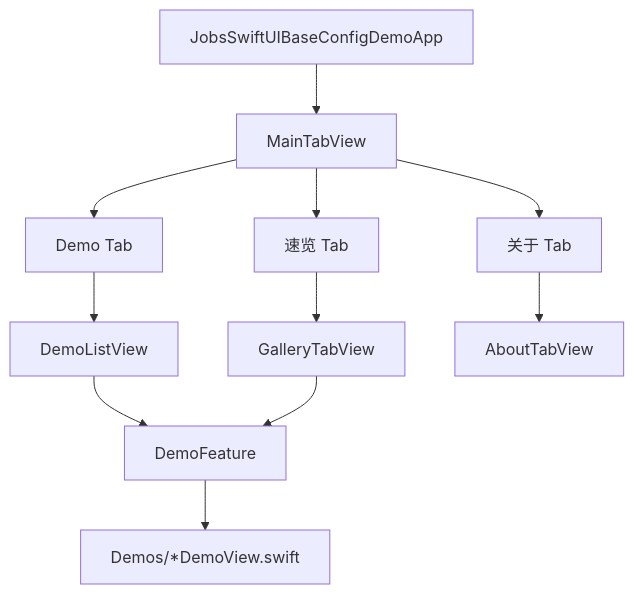
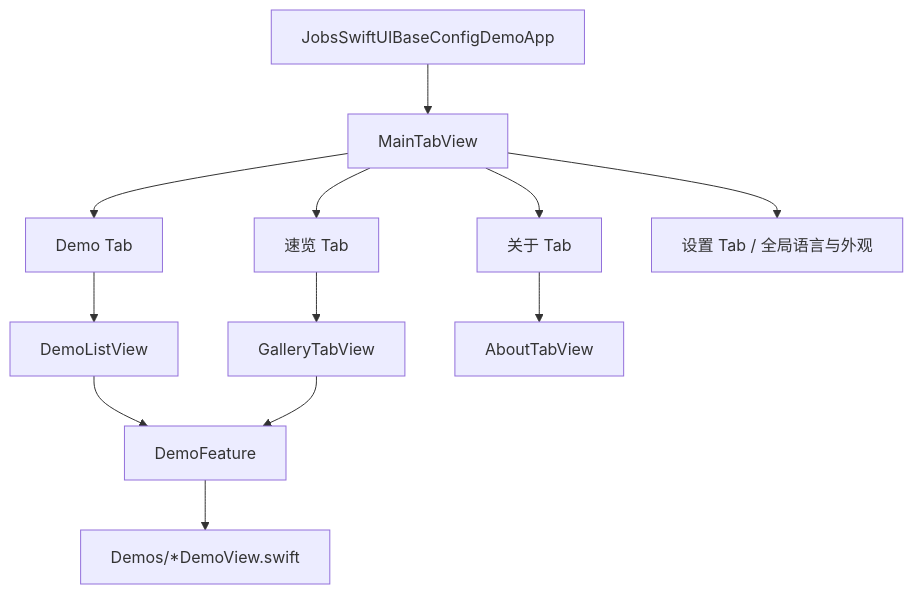
Before and after one commit to JobsKits/JobsSwiftUIBaseConfigDemo: the first of 5 diagrams in README.md, drawn with Mermaid. The commit also changed other lines of this file and 76 other files, not shown here.

````diff
--- a/README.md
+++ b/README.md
@@ -160,13 +166,14 @@
 ```mermaid
 flowchart TD
     A["JobsSwiftUIBaseConfigDemoApp"] --> B["MainTabView"]
     B --> C["Demo Tab"]
     B --> D["速览 Tab"]
     B --> E["关于 Tab"]
+    B --> S["设置 Tab / 全局语言与外观"]
     C --> F["DemoListView"]
     D --> G["GalleryTabView"]
     E --> H["AboutTabView"]
     F --> I["DemoFeature"]
     G --> I
     I --> J["Demos/*DemoView.swift"]
 ```
````
